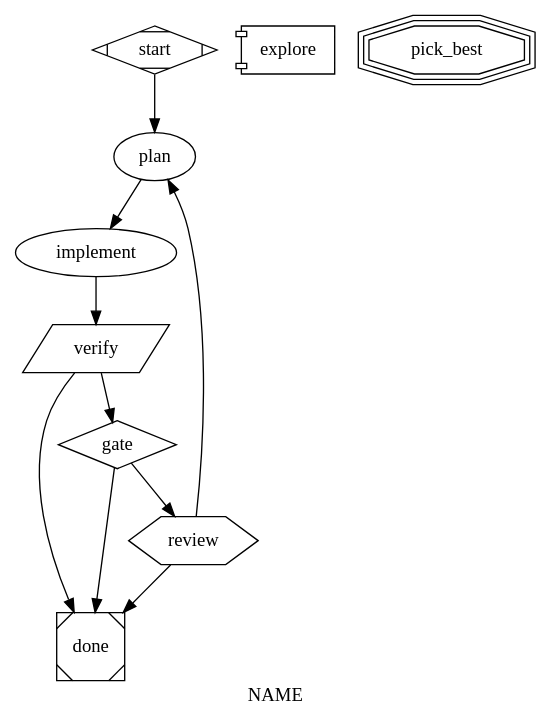
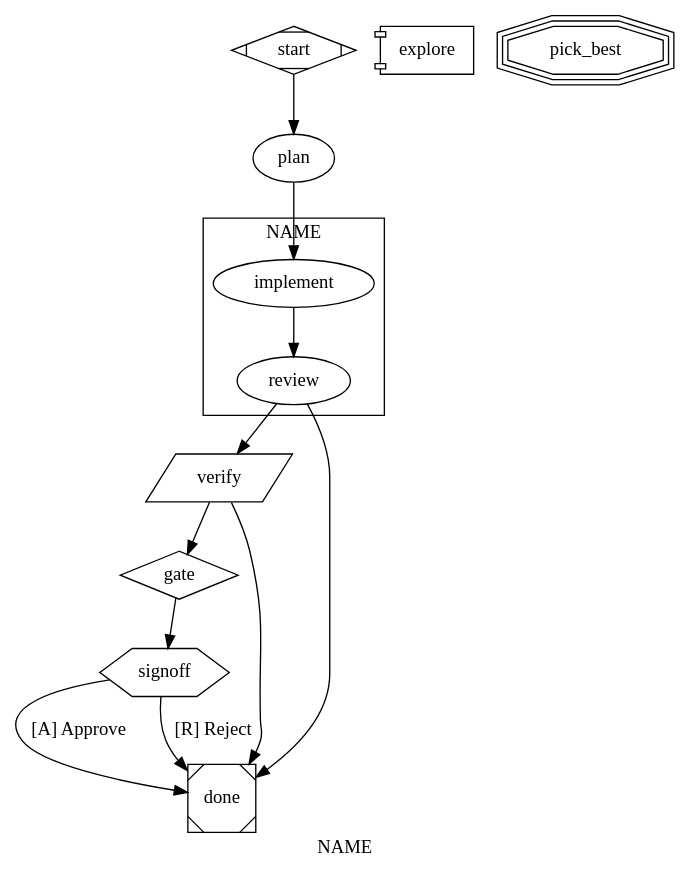
Diagram 13 of 13 in .agents/skills/swarm-author/SKILL.md (purrgrammer/fragua), drawn with Graphviz before and after one commit. The commit also changed other lines of this file and 2 other files, not shown here.

First line of the commit message:
[skills] swarm-* deeper rework — goal_gate, stylesheet, subgraphs, validator codes

````diff
--- a/.agents/skills/swarm-author/SKILL.md
+++ b/.agents/skills/swarm-author/SKILL.md
@@ -440,46 +579,63 @@
 ```dot
 digraph NAME {
-  graph [goal = "…", label = "NAME"]
+  graph [
+    goal                  = "…"
+    label                 = "NAME"
+    default_fidelity      = "compact"
+    max_goal_gate_retries = 2
+    model_stylesheet      = "
+      *       { llm_provider: anthropic; llm_model: claude-sonnet-4-6; }
+      .review { llm_model: claude-opus-4-7; reasoning_effort: high; }
+    "
+  ]
 
   start [shape=Mdiamond]
 
   # Codergen — one LLM turn.
   plan [
-    prompt = "… $ARGUMENTS. End with `<promise>PLAN_READY</promise>`."
+    prompt        = "… $ARGUMENTS. End with `<promise>PLAN_READY</promise>`."
     allowed_tools = "read, bash"
     context_files = "AGENTS.md"
-    model = "claude-opus-4-7"
   ]
 
-  implement [
-    prompt = "Implement $plan.output. …"
-    allowed_tools = "read, write, edit, bash"
-    thread_id = "dev"
-    model = "claude-sonnet-4-6"
-  ]
+  # Subgraph: shared thread + derived class for stylesheet.
+  subgraph cluster_review {
+    implement [
+      prompt        = "Implement $plan.output. …"
+      allowed_tools = "read, write, edit, bash"
+      thread_id     = "dev"
+    ]
+    review [
+      prompt       = "Judge the diff. APPROVE or <abort>REJECT: …</abort>."
+      goal_gate    = true                 # workflow-level retry §13a
+      retry_target = "implement"
+    ]
+  }
 
   # Tool — shell step.
   verify [shape=parallelogram, tool_command="bun run ci"]
 
   # Conditional — edge-only routing.
   gate [shape=diamond]
 
-  # Wait.human — pause for operator input.
-  review [shape=hexagon, prompt="APPROVED | REVISE: <note>"]
+  # Wait.human — structured HITL: route by edge label.
+  signoff [shape=hexagon, prompt="Approve to ship, or reject."]
 
   # Parallel fan-out + fan-in.
   explore   [shape=component, fan_in=pick_best, join_policy="wait_all"]
   pick_best [shape=tripleoctagon]
 
   done [shape=Msquare]
 
-  start -> plan -> implement -> verify
-  verify -> gate       [condition="outcome=success"]
-  verify -> done       [condition="outcome=fail"]
-  gate   -> review     [condition="context.risk=high"]
-  gate   -> done
-  review -> done       [condition="context.hitl.review=APPROVED"]
-  review -> plan                                          # loop on anything else
-  plan   [max_retries=2]
+  start -> plan -> implement -> review
+
+  review -> done   [condition="outcome=fail"]    # goal-gate retargets to implement
+  review -> verify
+
+  verify -> gate    [condition="outcome=success"]
+  verify -> done    [condition="outcome=fail"]
+  gate    -> signoff
+  signoff -> done   [label="[A] Approve"]
+  signoff -> done   [label="[R] Reject"]
 }
 ```
````
